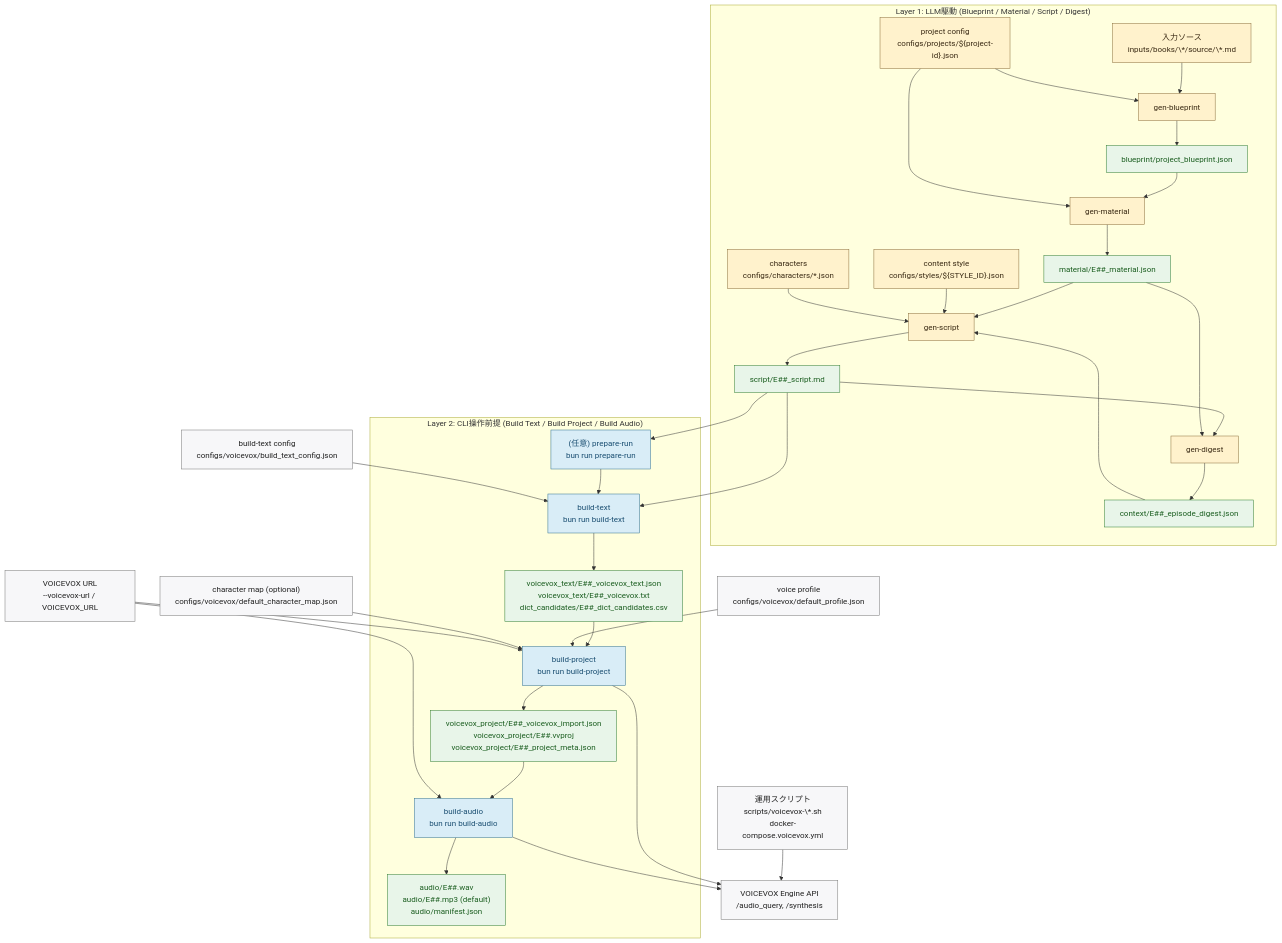
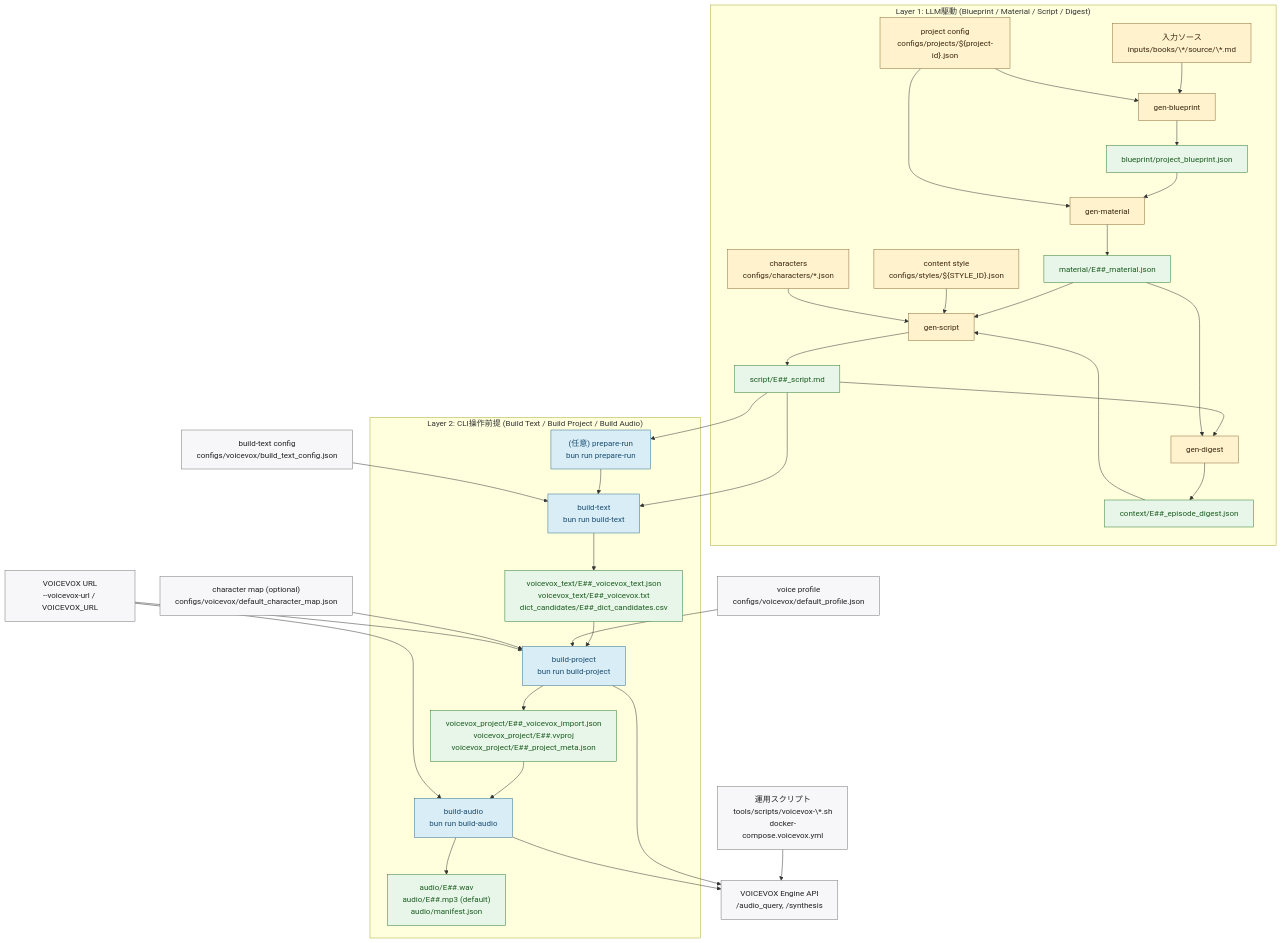
Before and after one commit to niroe5tar64/narrative-vox: the diagram in docs/architecture/pipeline.md, drawn with Mermaid. The commit also changed other lines of this file and 108 other files, not shown here.

````diff
--- a/docs/architecture/pipeline.md
+++ b/docs/architecture/pipeline.md
@@ -12,74 +12,74 @@
 ```mermaid
 flowchart TB
   subgraph PromptFlow["Layer 1: LLM駆動 (Blueprint / Material / Script / Digest)"]
     S["入力ソース<br/>inputs/books/\*/source/\*.md"]
     PCFG["project config<br/>configs/projects/${project-id}.json"]
     STY["content style<br/>configs/styles/${STYLE_ID}.json"]
     CHR["characters<br/>configs/characters/*.json"]
     P1["gen-blueprint"]
     O1["blueprint/project_blueprint.json"]
     P2["gen-material"]
     O2["material/E##_material.json"]
     P3["gen-script"]
     O3["script/E##_script.md"]
     P4["gen-digest"]
     O4D["context/E##_episode_digest.json"]
     S --> P1
     PCFG --> P1
     P1 --> O1
     O1 --> P2
     PCFG --> P2
     P2 --> O2
     O2 --> P3
     STY --> P3
     CHR --> P3
     O4D --> P3
     P3 --> O3
     O3 --> P4
     O2 --> P4
     P4 --> O4D
   end
 
   subgraph CliFlow["Layer 2: CLI操作前提 (Build Text / Build Project / Build Audio)"]
     C0["(任意) prepare-run<br/>bun run prepare-run"]
     C1["build-text<br/>bun run build-text"]
     C2["build-project<br/>bun run build-project"]
     C3["build-audio<br/>bun run build-audio"]
     O4["voicevox_text/E##_voicevox_text.json<br/>voicevox_text/E##_voicevox.txt<br/>dict_candidates/E##_dict_candidates.csv"]
     O5["voicevox_project/E##_voicevox_import.json<br/>voicevox_project/E##.vvproj<br/>voicevox_project/E##_project_meta.json"]
     O6["audio/E##.wav<br/>audio/E##.mp3 (default)<br/>audio/manifest.json"]
     C0 --> C1
     C1 --> O4
     O4 --> C2
     C2 --> O5
     O5 --> C3
     C3 --> O6
   end
 
   CFG4["build-text config<br/>configs/voicevox/build_text_config.json"]
   CFG5P["voice profile<br/>configs/voicevox/default_profile.json"]
   CFG5S["character map (optional)<br/>configs/voicevox/default_character_map.json"]
   VXURL["VOICEVOX URL<br/>--voicevox-url / VOICEVOX_URL"]
   VXAPI["VOICEVOX Engine API<br/>/audio_query, /synthesis"]
-  VXSCRIPT["運用スクリプト<br/>scripts/voicevox-\*.sh<br/>docker-compose.voicevox.yml"]
+  VXSCRIPT["運用スクリプト<br/>tools/scripts/voicevox-\*.sh<br/>docker-compose.voicevox.yml"]
 
   O3 --> C0
   O3 --> C1
   CFG4 --> C1
   CFG5P --> C2
   CFG5S --> C2
   VXURL --> C2
   VXURL --> C3
   VXSCRIPT --> VXAPI
   C2 --> VXAPI
   C3 --> VXAPI
 
   classDef prompt fill:#fff2cc,stroke:#8a6d3b,color:#3a2a14;
   classDef cli fill:#d9edf7,stroke:#31708f,color:#1b4f72;
   classDef cfg fill:#f7f7f9,stroke:#777,color:#222;
   classDef out fill:#e8f5e9,stroke:#2e7d32,color:#1b5e20;
   class S,PCFG,STY,CHR,P1,P2,P3,P4 prompt;
   class C0,C1,C2,C3 cli;
   class CFG4,CFG5P,CFG5S,VXURL,VXAPI,VXSCRIPT cfg;
   class O1,O2,O3,O4D,O4,O5,O6 out;
 ```
````
